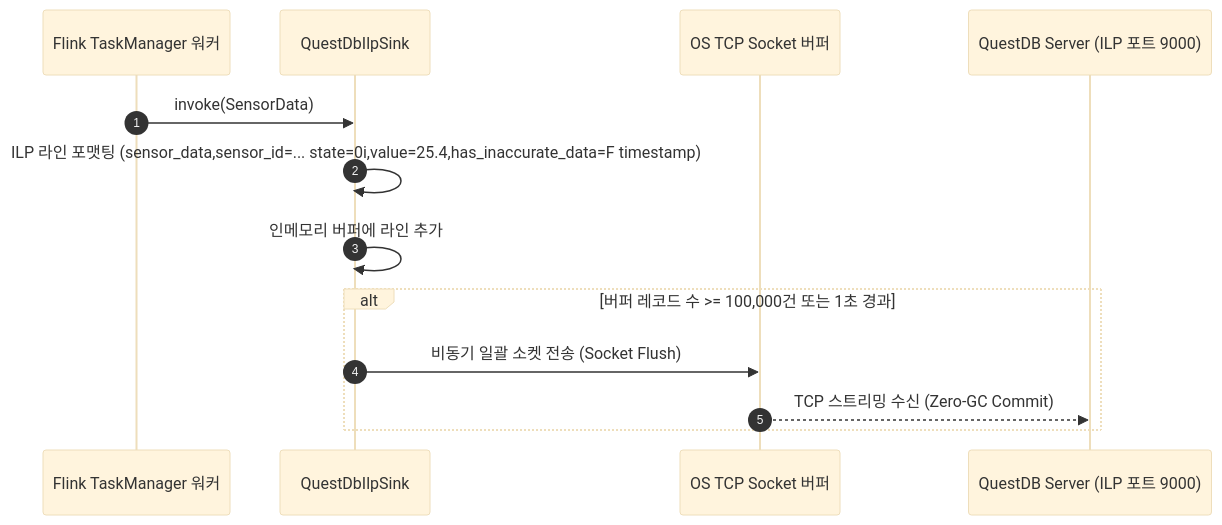
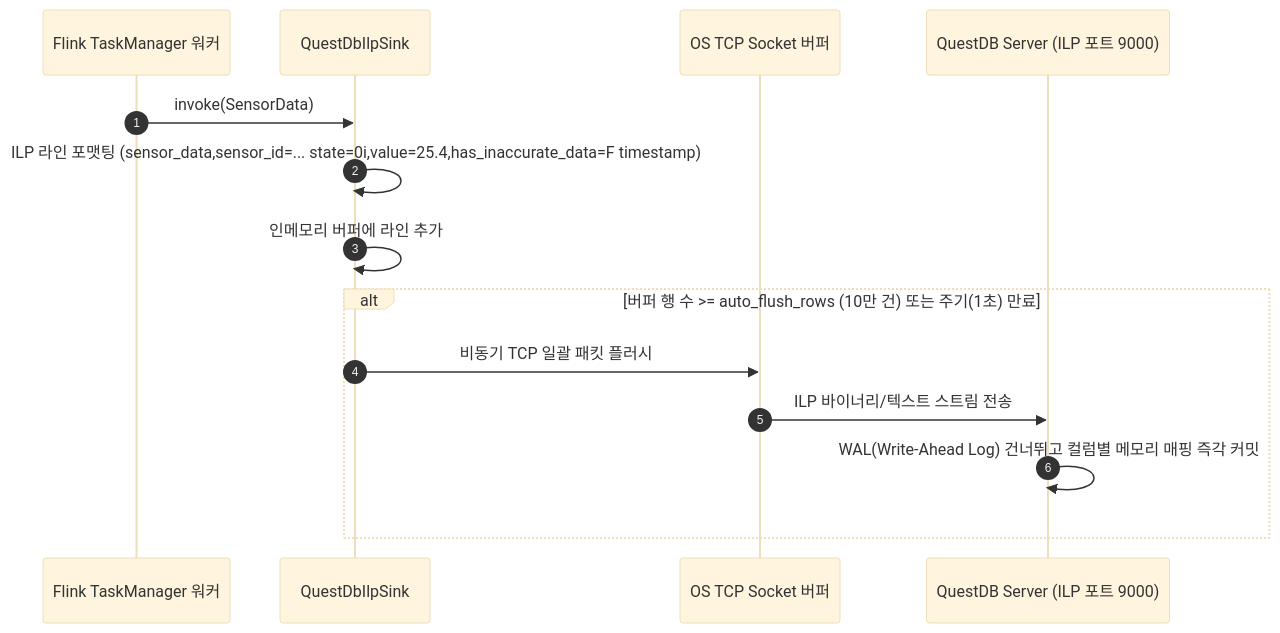
The third of 3 diagrams in docs/STREAMING_EVALUATOR_GUIDE.md (imoil/formula-evaluator-service), drawn with Mermaid (base theme) before and after one commit. The commit also changed other lines of this file and 20 other files, not shown here.

````diff
--- a/docs/STREAMING_EVALUATOR_GUIDE.md
+++ b/docs/STREAMING_EVALUATOR_GUIDE.md
@@ -149,17 +150,18 @@
 ```mermaid
 sequenceDiagram
     autonumber
     participant Worker as Flink TaskManager 워커
     participant Sink as QuestDbIlpSink
     participant Socket as OS TCP Socket 버퍼
     participant QuestDB as QuestDB Server (ILP 포트 9000)
 
     Worker->>Sink: invoke(SensorData)
     Sink->>Sink: ILP 라인 포맷팅 (sensor_data,sensor_id=... state=0i,value=25.4,has_inaccurate_data=F timestamp)
     Sink->>Sink: 인메모리 버퍼에 라인 추가
     
-    alt 버퍼 레코드 수 >= 100,000건 또는 1초 경과
-        Sink->>Socket: 비동기 일괄 소켓 전송 (Socket Flush)
-        Socket-->>QuestDB: TCP 스트리밍 수신 (Zero-GC Commit)
+    alt 버퍼 행 수 >= auto_flush_rows (10만 건) 또는 주기(1초) 만료
+        Sink->>Socket: 비동기 TCP 일괄 패킷 플러시
+        Socket->>QuestDB: ILP 바이너리/텍스트 스트림 전송
+        QuestDB->>QuestDB: WAL(Write-Ahead Log) 건너뛰고 컬럼별 메모리 매핑 즉각 커밋
     end
 ```
````
